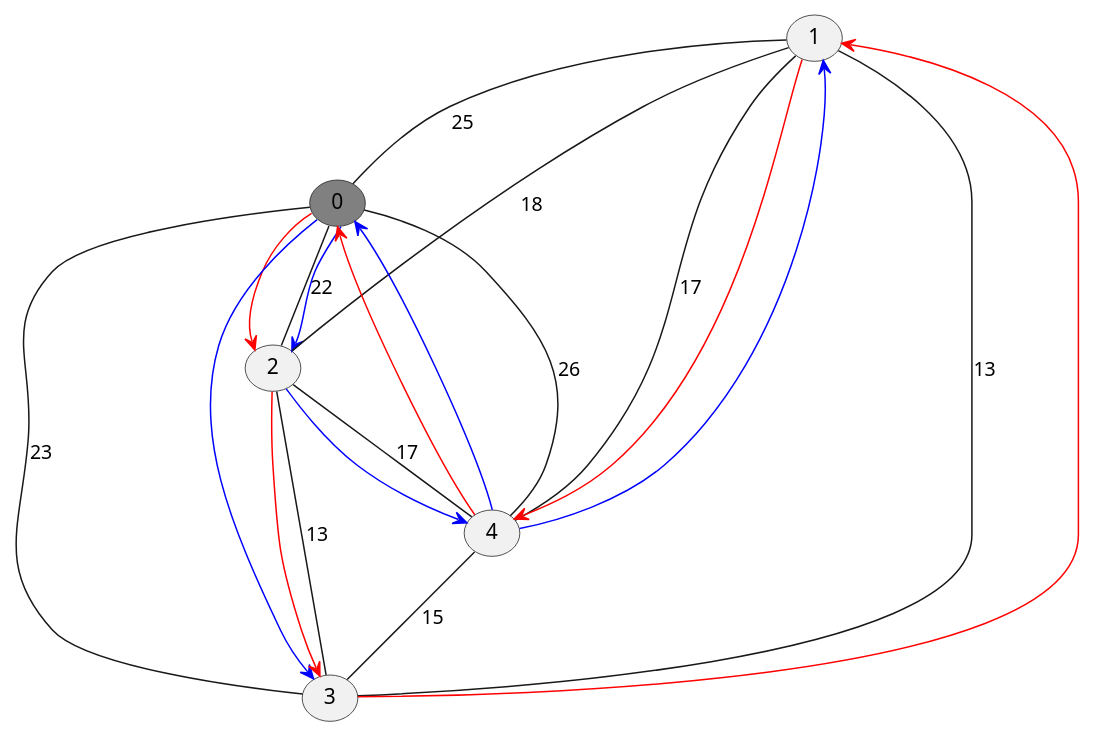
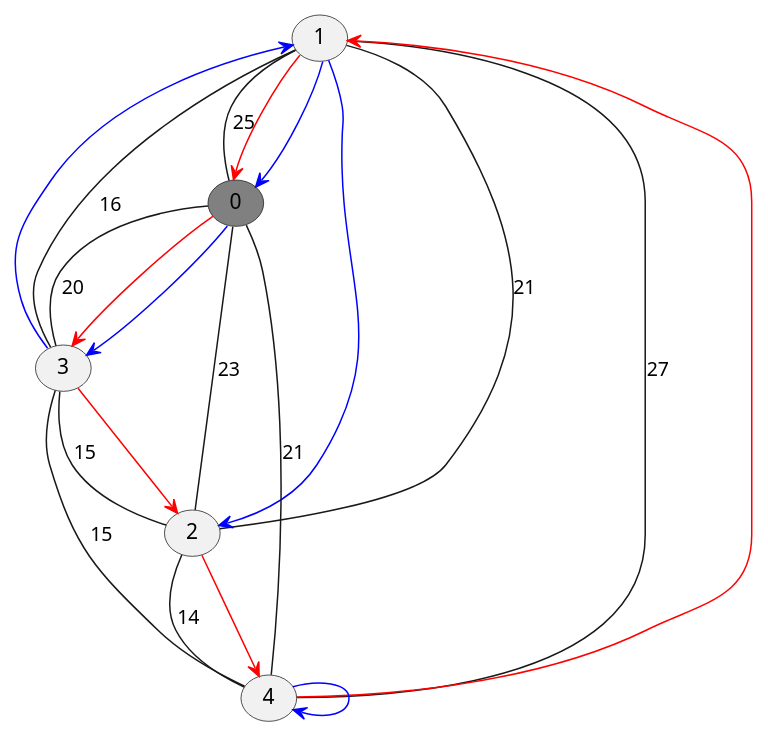
The diagram in cmd/lab_7/solution.puml (horockey/euristic_algos), drawn with PlantUML before and after one commit. The commit also changed 1 other file, not shown here.

```diff
--- a/cmd/lab_7/solution.puml
+++ b/cmd/lab_7/solution.puml
@@ -1,24 +1,24 @@
 @startuml
 (1) -- (0): 25
-(2) -- (0): 22
-(2) -- (1): 18
-(3) -- (0): 23
-(3) -- (1): 13
-(3) -- (2): 13
-(4) -- (0): 26
-(4) -- (1): 17
-(4) -- (2): 17
+(2) -- (0): 23
+(2) -- (1): 21
+(3) -- (0): 20
+(3) -- (1): 16
+(3) -- (2): 15
+(4) -- (0): 21
+(4) -- (1): 27
+(4) -- (2): 14
 (4) -- (3): 15
 (0) #gray
-(0) -[#red]-> (2)
-(2) -[#red]-> (3)
-(3) -[#red]-> (1)
-(1) -[#red]-> (4)
-(4) -[#red]-> (0)
+(0) -[#red]-> (3)
+(3) -[#red]-> (2)
+(2) -[#red]-> (4)
+(4) -[#red]-> (1)
+(1) -[#red]-> (0)
 (0) #gray
-(0) -[#blue]-> (2)
-(2) -[#blue]-> (4)
 (0) -[#blue]-> (3)
-(4) -[#blue]-> (0)
-(4) -[#blue]-> (1)
+(3) -[#blue]-> (1)
+(4) -[#blue]-> (4)
+(1) -[#blue]-> (2)
+(1) -[#blue]-> (0)
 @enduml
```
